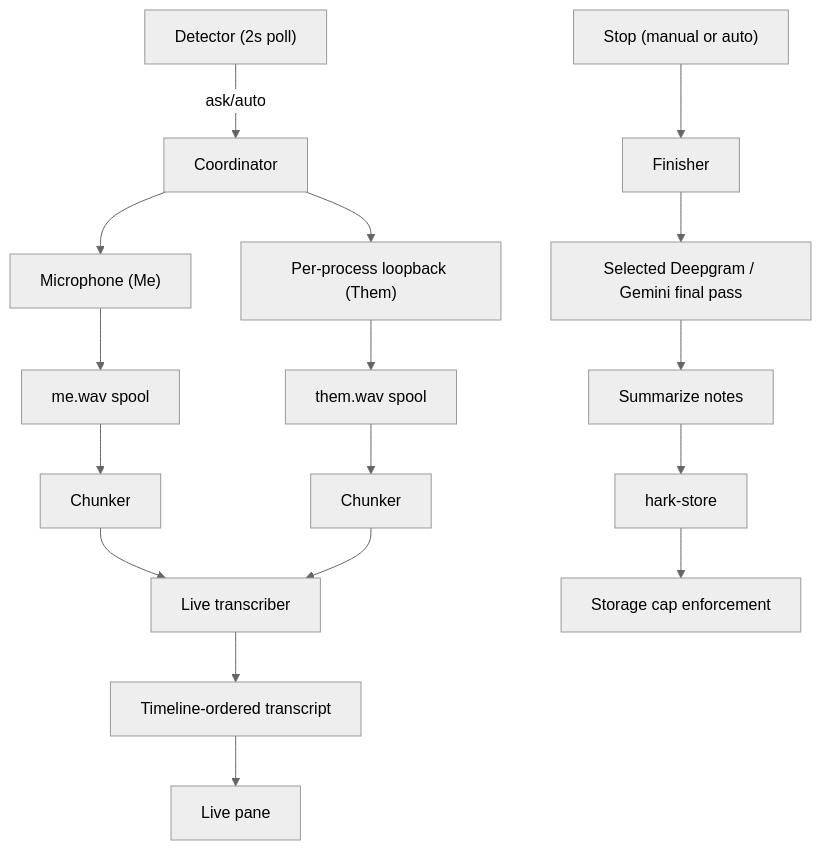
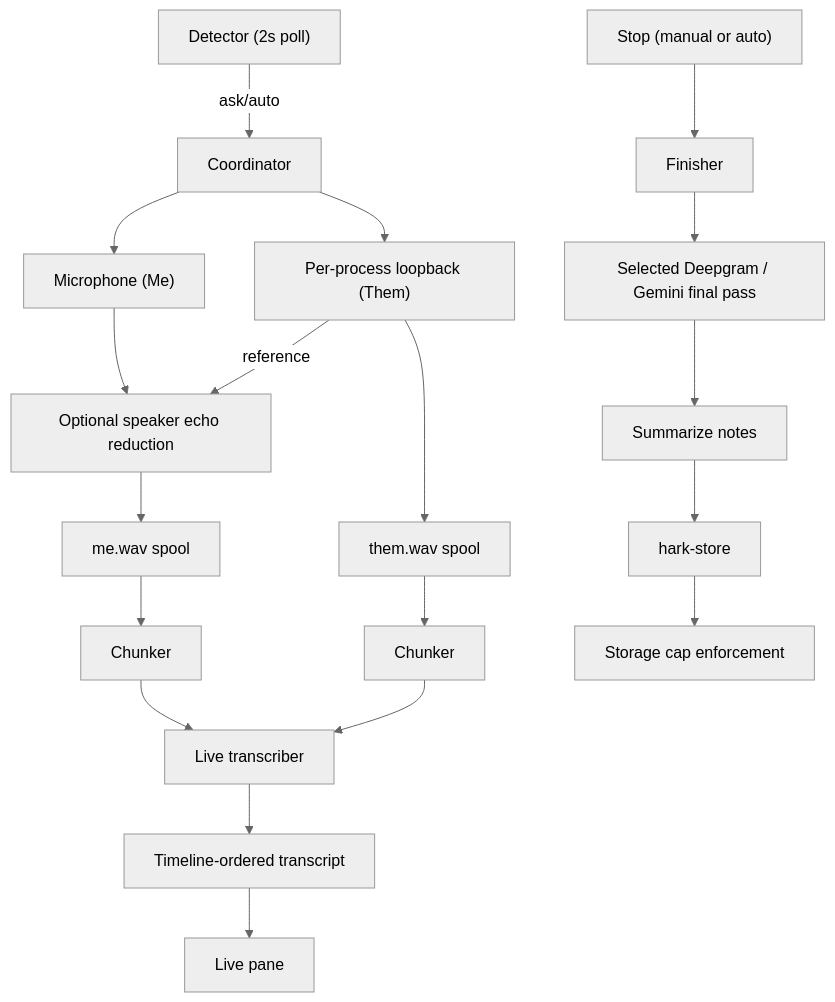
Before and after one commit to BoardPandas/Hark: the diagram in Docs/features/MEETINGS.md, drawn with Mermaid (neutral theme). The commit also changed other lines of this file and 40 other files, not shown here.

First line of the commit message:
feat(meetings): add optional speaker echo reduction (0.57.0)

````diff
--- a/Docs/features/MEETINGS.md
+++ b/Docs/features/MEETINGS.md
@@ -53,19 +55,21 @@
 ```mermaid
 graph TD
-    Mic["Microphone (Me)"] --> Spool1["me.wav spool"]
+    Mic["Microphone (Me)"] --> Echo["Optional speaker echo reduction"]
+    Echo --> Spool1["me.wav spool"]
     Loopback["Per-process loopback (Them)"] --> Spool2["them.wav spool"]
+    Loopback -->|reference| Echo
     Spool1 --> Chunk1["Chunker"]
     Spool2 --> Chunk2["Chunker"]
     Chunk1 --> Live["Live transcriber"]
     Chunk2 --> Live
     Live --> Merge["Timeline-ordered transcript"]
     Merge --> UI["Live pane"]
     Detector["Detector (2s poll)"] -->|ask/auto| Coordinator
     Coordinator["Coordinator"] --> Mic
     Coordinator --> Loopback
     Stop["Stop (manual or auto)"] --> Finish["Finisher"]
     Finish --> FinalPass["Selected Deepgram / Gemini final pass"]
     FinalPass --> Notes["Summarize notes"]
     Notes --> Store["hark-store"]
     Store --> Cap["Storage cap enforcement"]
 ```
````
